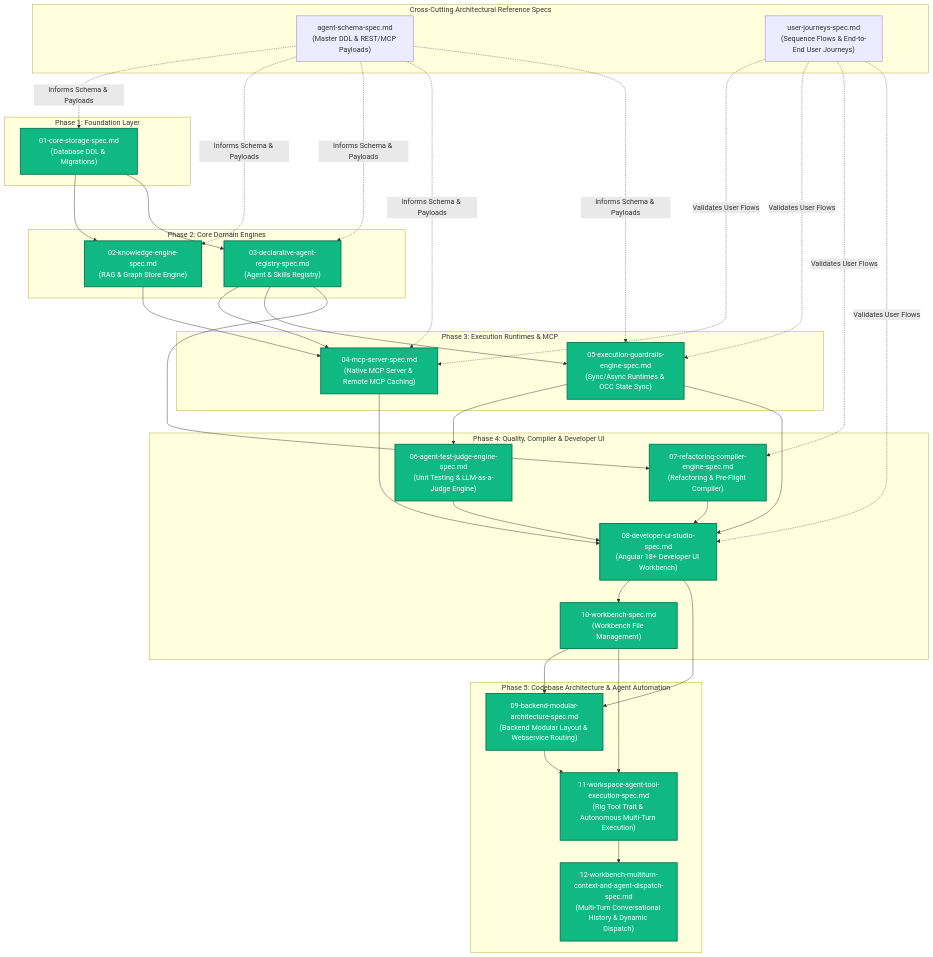
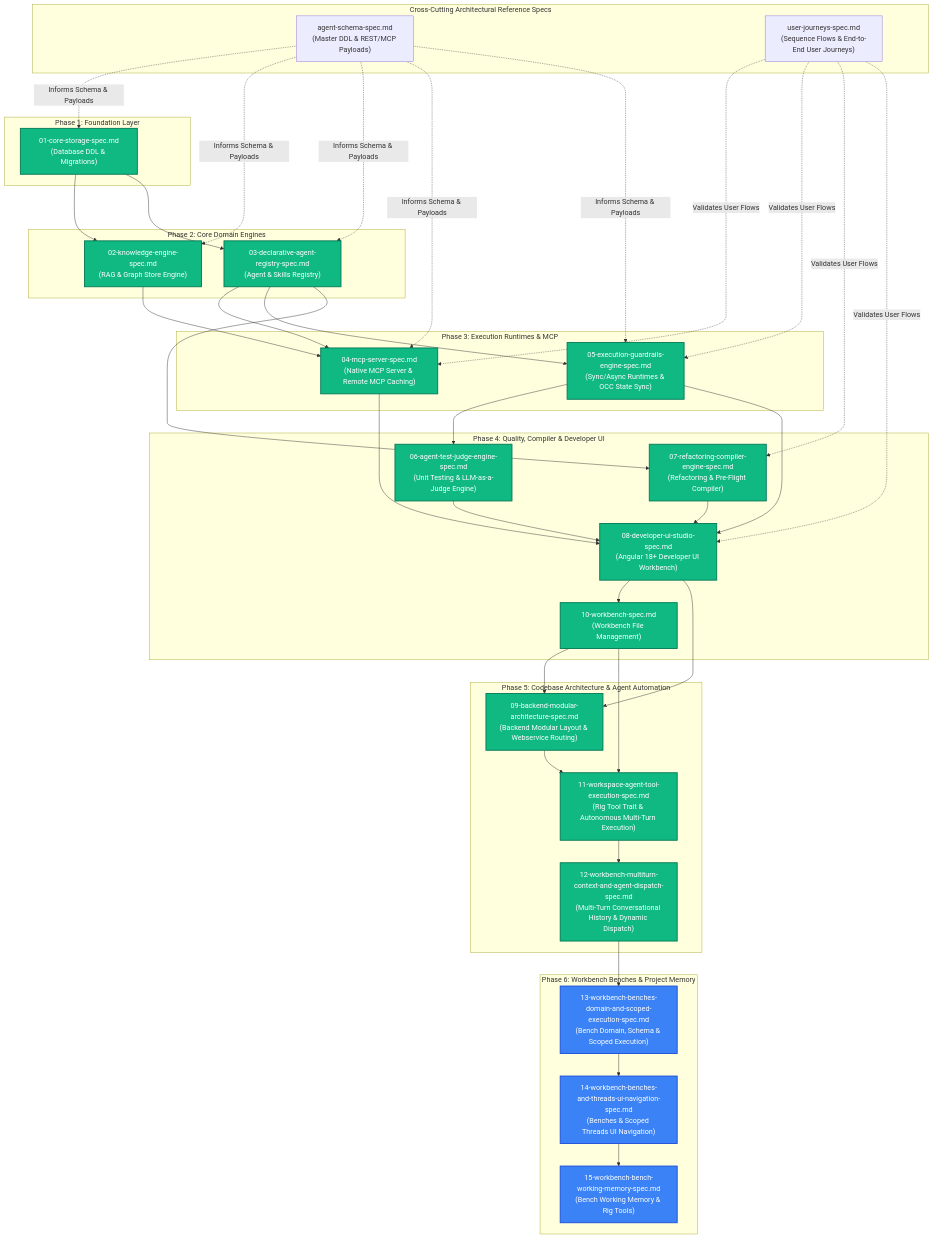
Before and after one commit to PolecatWorks/agent-as-data: the diagram in spec/specs/README.md, drawn with Mermaid. The commit also changed other lines of this file and 3 other files, not shown here.

Commit message:
docs: add specs 13, 14, and 15 for workbench benches and memory

````diff
--- a/spec/specs/README.md
+++ b/spec/specs/README.md
@@ -17,73 +17,82 @@
 ```mermaid
 flowchart TD
     subgraph CrossCuttingSpecs ["Cross-Cutting Architectural Reference Specs"]
         SchemaSpec["agent-schema-spec.md<br/>(Master DDL & REST/MCP Payloads)"]
         JourneysSpec["user-journeys-spec.md<br/>(Sequence Flows & End-to-End User Journeys)"]
     end
 
     subgraph Phase1 ["Phase 1: Foundation Layer"]
         Spec01["01-core-storage-spec.md<br/>(Database DDL & Migrations)"]:::complete
     end
 
     subgraph Phase2 ["Phase 2: Core Domain Engines"]
         Spec02["02-knowledge-engine-spec.md<br/>(RAG & Graph Store Engine)"]:::complete
         Spec03["03-declarative-agent-registry-spec.md<br/>(Agent & Skills Registry)"]:::complete
     end
 
 
 
     subgraph Phase3 ["Phase 3: Execution Runtimes & MCP"]
         Spec04["04-mcp-server-spec.md<br/>(Native MCP Server & Remote MCP Caching)"]:::complete
         Spec05["05-execution-guardrails-engine-spec.md<br/>(Sync/Async Runtimes & OCC State Sync)"]:::complete
     end
 
 
 
     subgraph Phase4 ["Phase 4: Quality, Compiler & Developer UI"]
         Spec06["06-agent-test-judge-engine-spec.md<br/>(Unit Testing & LLM-as-a-Judge Engine)"]:::complete
         Spec07["07-refactoring-compiler-engine-spec.md<br/>(Refactoring & Pre-Flight Compiler)"]:::complete
         Spec08["08-developer-ui-studio-spec.md<br/>(Angular 18+ Developer UI Workbench)"]:::complete
         Spec10["10-workbench-spec.md<br/>(Workbench File Management)"]:::complete
     end
 
     subgraph Phase5 ["Phase 5: Codebase Architecture & Agent Automation"]
         Spec09["09-backend-modular-architecture-spec.md<br/>(Backend Modular Layout & Webservice Routing)"]:::complete
         Spec11["11-workspace-agent-tool-execution-spec.md<br/>(Rig Tool Trait & Autonomous Multi-Turn Execution)"]:::complete
         Spec12["12-workbench-multiturn-context-and-agent-dispatch-spec.md<br/>(Multi-Turn Conversational History & Dynamic Dispatch)"]:::complete
     end
 
+    subgraph Phase6 ["Phase 6: Workbench Benches & Project Memory"]
+        Spec13["13-workbench-benches-domain-and-scoped-execution-spec.md<br/>(Bench Domain, Schema & Scoped Execution)"]:::draft
+        Spec14["14-workbench-benches-and-threads-ui-navigation-spec.md<br/>(Benches & Scoped Threads UI Navigation)"]:::draft
+        Spec15["15-workbench-bench-working-memory-spec.md<br/>(Bench Working Memory & Rig Tools)"]:::draft
+    end
+
     classDef complete fill:#10B981,stroke:#047857,stroke-width:2px,color:#ffffff;
     classDef draft fill:#3B82F6,stroke:#1D4ED8,stroke-width:2px,color:#ffffff;
 
     SchemaSpec -.->|Informs Schema & Payloads| Spec01
     SchemaSpec -.->|Informs Schema & Payloads| Spec02
     SchemaSpec -.->|Informs Schema & Payloads| Spec03
     SchemaSpec -.->|Informs Schema & Payloads| Spec04
     SchemaSpec -.->|Informs Schema & Payloads| Spec05
 
     JourneysSpec -.->|Validates User Flows| Spec04
     JourneysSpec -.->|Validates User Flows| Spec05
     JourneysSpec -.->|Validates User Flows| Spec07
     JourneysSpec -.->|Validates User Flows| Spec08
 
     Spec01 --> Spec02
     Spec01 --> Spec03
 
     Spec02 --> Spec04
     Spec03 --> Spec04
     Spec03 --> Spec05
 
     Spec05 --> Spec06
     Spec03 --> Spec07
     
     Spec04 --> Spec08
     Spec05 --> Spec08
     Spec06 --> Spec08
     Spec07 --> Spec08
     Spec08 --> Spec10
     Spec08 --> Spec09
     Spec10 --> Spec09
     Spec09 --> Spec11
     Spec10 --> Spec11
     Spec11 --> Spec12
+    Spec12 --> Spec13
+    Spec13 --> Spec14
+    Spec14 --> Spec15
 ```
````
